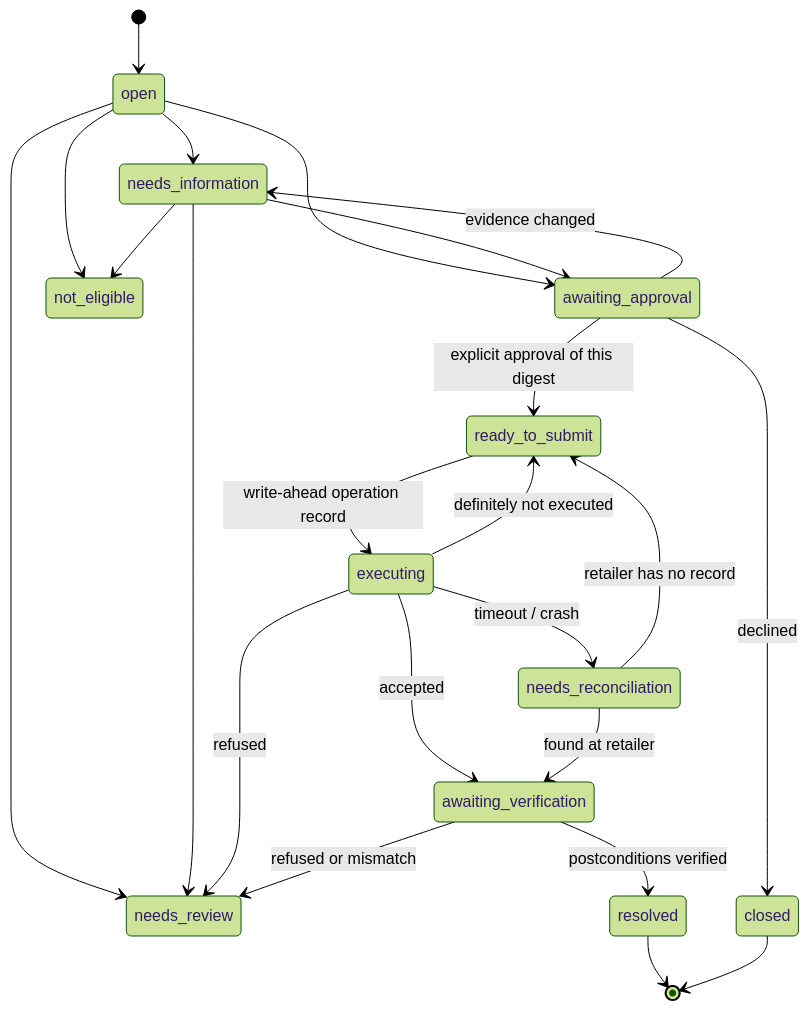
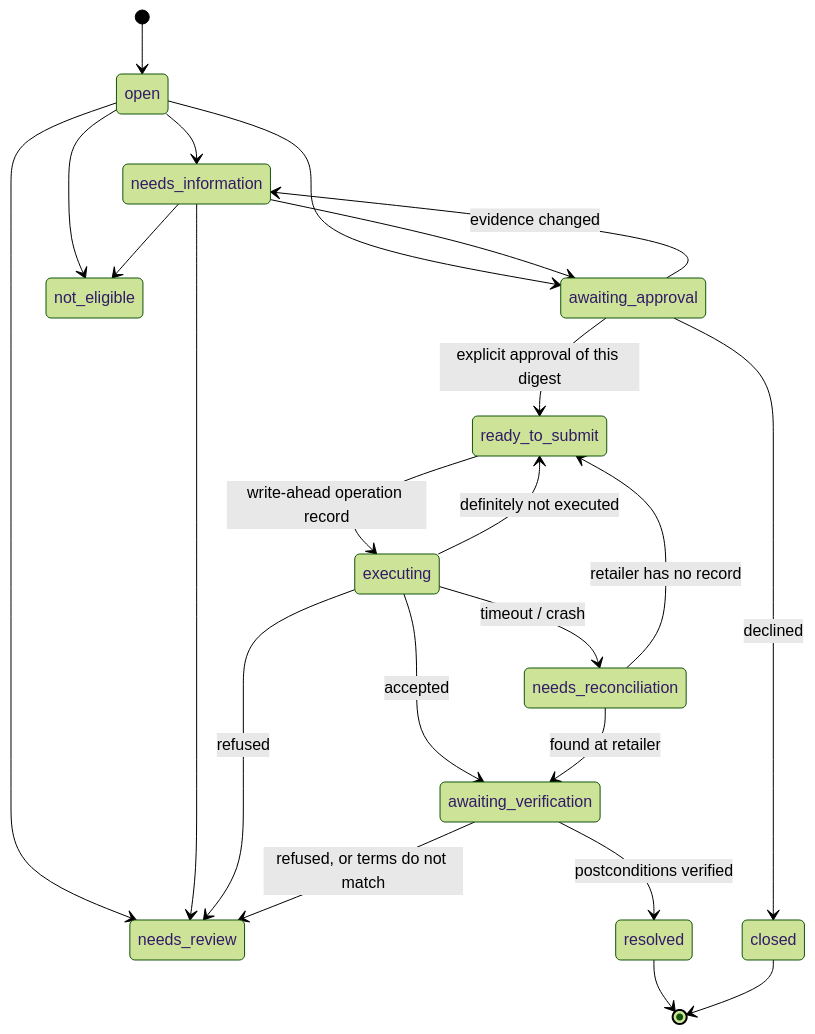
One commit to hudasol/aftercare-amazon-developer changed the second of 2 diagrams in docs/ARCHITECTURE.md. Above: the diagram before and after it, drawn with Mermaid (forest theme). The commit also changed other lines of this file and 3 other files, not shown here.

````diff
--- a/docs/ARCHITECTURE.md
+++ b/docs/ARCHITECTURE.md
@@ -87,25 +87,25 @@
 ```mermaid
 stateDiagram-v2
   [*] --> open
   open --> needs_information
   open --> awaiting_approval
   open --> not_eligible
   open --> needs_review
   needs_information --> awaiting_approval
   needs_information --> not_eligible
   needs_information --> needs_review
   awaiting_approval --> ready_to_submit: explicit approval of this digest
   awaiting_approval --> needs_information: evidence changed
   awaiting_approval --> closed: declined
   ready_to_submit --> executing: write-ahead operation record
   executing --> awaiting_verification: accepted
   executing --> needs_reconciliation: timeout / crash
   executing --> ready_to_submit: definitely not executed
   executing --> needs_review: refused
   needs_reconciliation --> awaiting_verification: found at retailer
   needs_reconciliation --> ready_to_submit: retailer has no record
   awaiting_verification --> resolved: postconditions verified
-  awaiting_verification --> needs_review: refused or mismatch
+  awaiting_verification --> needs_review: refused, or terms do not match
   resolved --> [*]
   closed --> [*]
 ```
````
